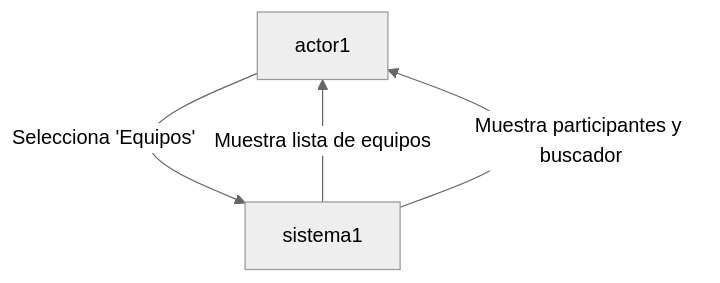
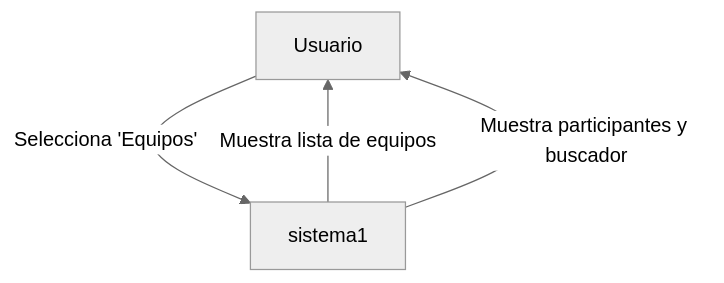
Before and after one commit to UPT-FAING-EPIS/proyecto-si8811a-2024-ii-u2-documentacion-lizarraga_arenas: the eighth of 12 diagrams in README.md, drawn with Mermaid (neutral theme). The commit also changed other lines of this file, not shown here.

````diff
--- a/README.md
+++ b/README.md
@@ -216,6 +216,6 @@
 ```mermaid
 flowchart TD
-    actor1 -->|Selecciona 'Equipos'| sistema1
+    actor1[Usuario] -->|Selecciona 'Equipos'| sistema1
     sistema1 -->|Muestra lista de equipos| actor1
     sistema1 -->|Muestra participantes y buscador| actor1
 ```
````
